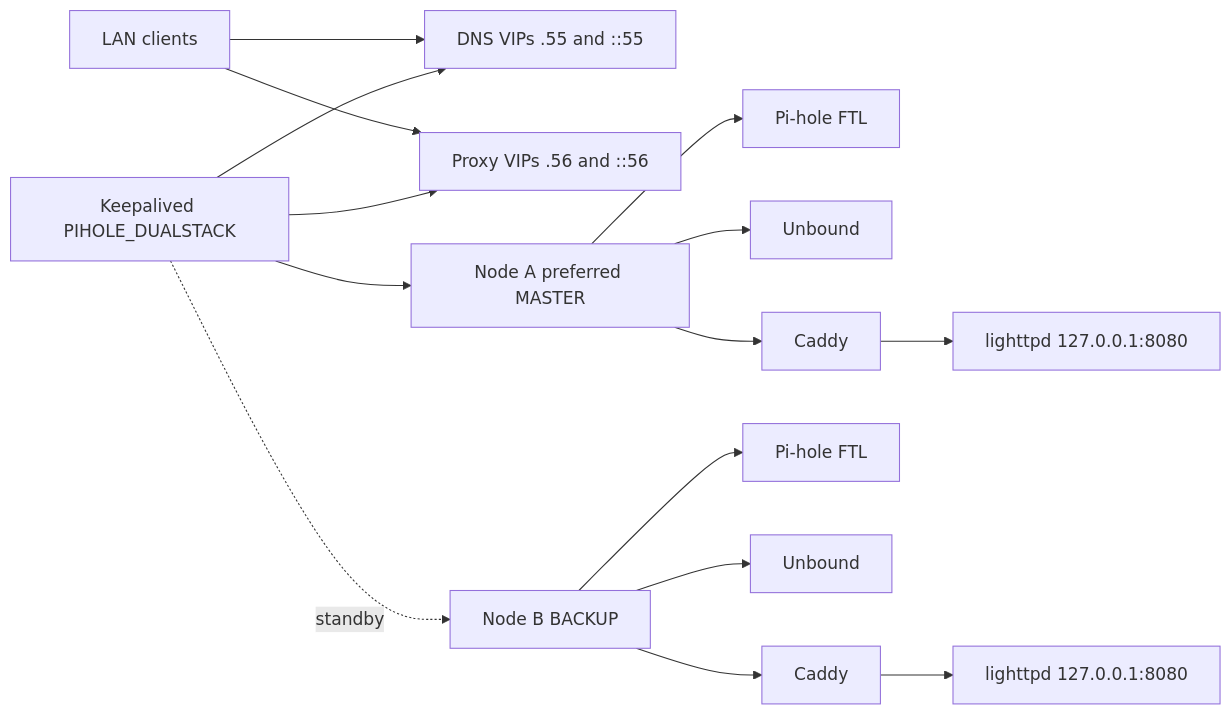
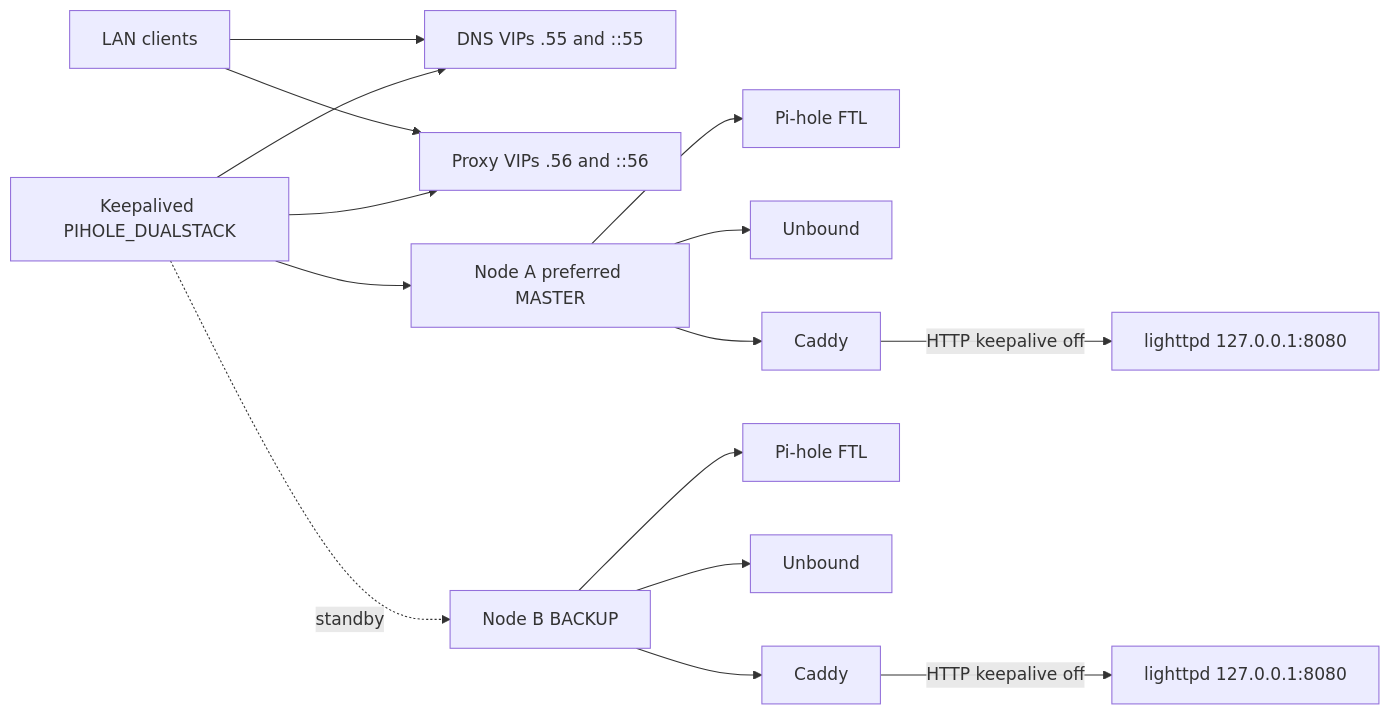
One commit to Racerx323/homelab-server-configs changed the first of 4 diagrams in Caddy/docs/ARCHITECTURE.md. Above: the diagram before and after it, drawn with Mermaid. The commit also changed other lines of this file and 1 other file, not shown here.

Commit message:
Align Caddy architecture and governing plan with accepted production

````diff
--- a/Caddy/docs/ARCHITECTURE.md
+++ b/Caddy/docs/ARCHITECTURE.md
@@ -24,17 +29,17 @@
 ```mermaid
 flowchart LR
     Clients[LAN clients] --> DNSVIP[DNS VIPs .55 and ::55]
     Clients --> ProxyVIP[Proxy VIPs .56 and ::56]
     Group[Keepalived PIHOLE_DUALSTACK] --> DNSVIP
     Group --> ProxyVIP
     Group --> A[Node A preferred MASTER]
     Group -. standby .-> B[Node B BACKUP]
     A --> FTL_A[Pi-hole FTL]
     A --> Unbound_A[Unbound]
     A --> Caddy_A[Caddy]
-    Caddy_A --> Lighttpd_A[lighttpd 127.0.0.1:8080]
+    Caddy_A -->|HTTP keepalive off| Lighttpd_A[lighttpd 127.0.0.1:8080]
     B --> FTL_B[Pi-hole FTL]
     B --> Unbound_B[Unbound]
     B --> Caddy_B[Caddy]
-    Caddy_B --> Lighttpd_B[lighttpd 127.0.0.1:8080]
+    Caddy_B -->|HTTP keepalive off| Lighttpd_B[lighttpd 127.0.0.1:8080]
 ```
````
